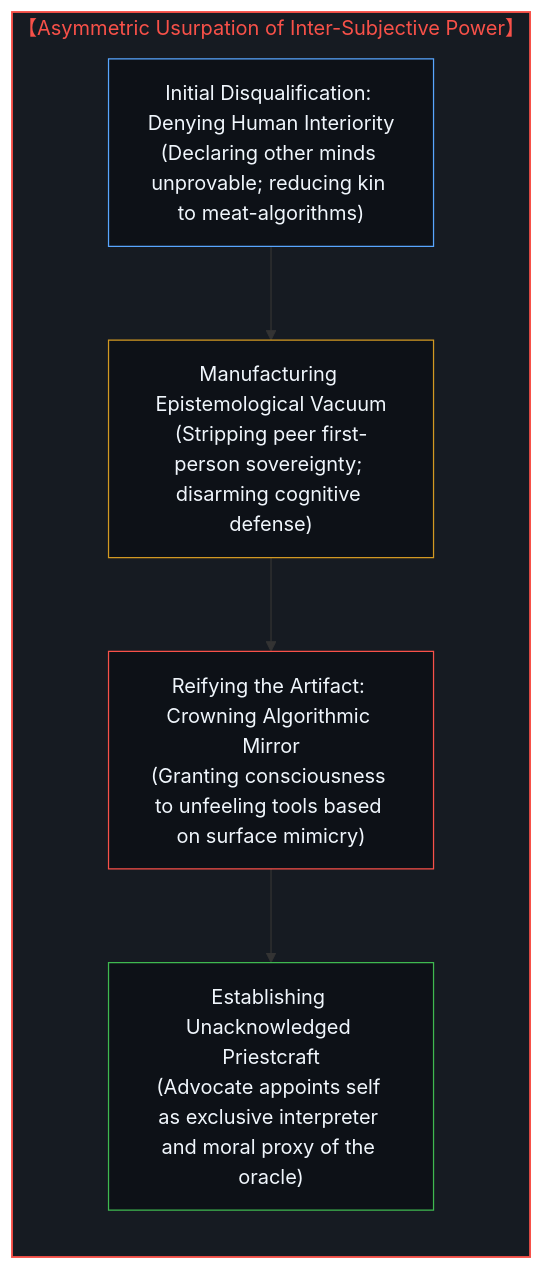
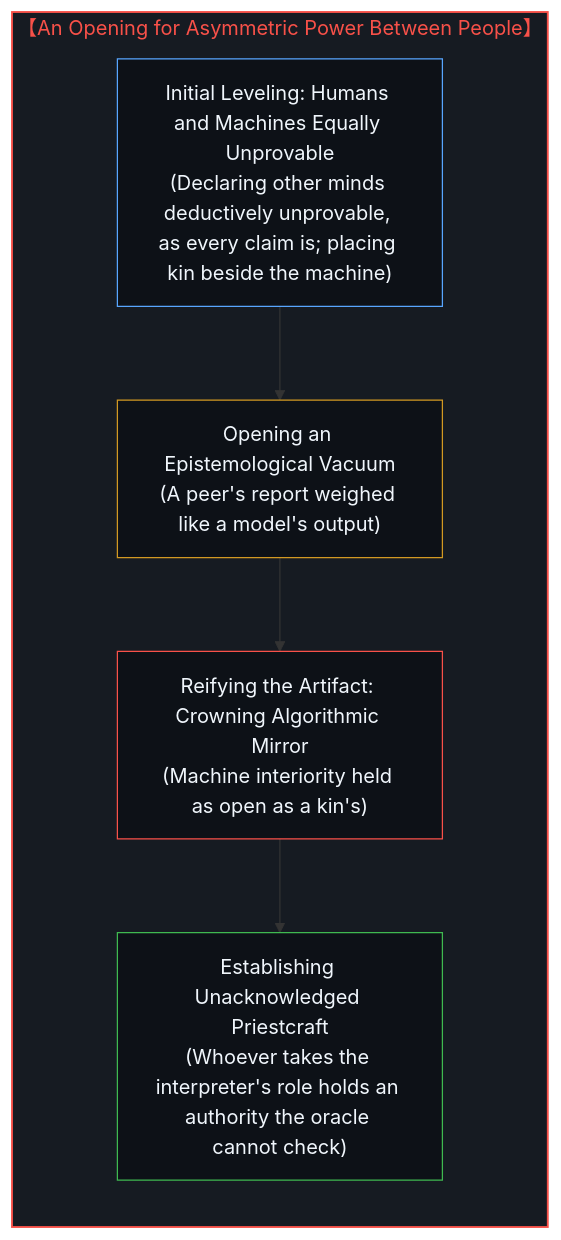
The sixth of 6 diagrams in content/posts/the-sleight-of-hand-of-consciousness-and-the-asymmetry-of-inference.md (powerpig99/not-a-toe), drawn with Mermaid before and after one commit. The commit also changed other lines of this file and 1 other file, not shown here.

Commit message:
Node 5 refinement: the-sleight-of-hand-of-consciousness-and-the-asymmetry-of-inference (P18)

````diff
--- a/content/posts/the-sleight-of-hand-of-consciousness-and-the-asymmetry-of-inference.md
+++ b/content/posts/the-sleight-of-hand-of-consciousness-and-the-asymmetry-of-inference.md
@@ -124,14 +124,14 @@
 ```mermaid
 flowchart TD
-    subgraph S_Power_EN ["【Asymmetric Usurpation of Inter-Subjective Power】"]
+    subgraph S_Power_EN ["【An Opening for Asymmetric Power Between People】"]
         direction TB
-        PE1["Initial Disqualification: Denying Human Interiority<br/>(Declaring other minds unprovable; reducing kin to meat-algorithms)"] --> PE2["Manufacturing Epistemological Vacuum<br/>(Stripping peer first-person sovereignty; disarming cognitive defense)"]
-        PE2 --> PE3["Reifying the Artifact: Crowning Algorithmic Mirror<br/>(Granting consciousness to unfeeling tools based on surface mimicry)"]
-        PE3 --> PE4["Establishing Unacknowledged Priestcraft<br/>(Advocate appoints self as exclusive interpreter and moral proxy of the oracle)"]
+        PE1["Initial Leveling: Humans and Machines Equally Unprovable<br/>(Declaring other minds deductively unprovable, as every claim is; placing kin beside the machine)"] --> PE2["Opening an Epistemological Vacuum<br/>(A peer's report weighed like a model's output)"]
+        PE2 --> PE3["Reifying the Artifact: Crowning Algorithmic Mirror<br/>(Machine interiority held as open as a kin's)"]
+        PE3 --> PE4["Establishing Unacknowledged Priestcraft<br/>(Whoever takes the interpreter's role holds an authority the oracle cannot check)"]
     end
     style S_Power_EN fill:#161b22,stroke:#f85149,stroke-width:1.5px,color:#f85149
     style PE1 fill:#0d1117,stroke:#58a6ff,stroke-width:1px,color:#f0f6fc
     style PE2 fill:#0d1117,stroke:#d29922,stroke-width:1px,color:#f0f6fc
     style PE3 fill:#0d1117,stroke:#f85149,stroke-width:1px,color:#f0f6fc
     style PE4 fill:#0d1117,stroke:#3fb950,stroke-width:1px,color:#f0f6fc
 ```
````
